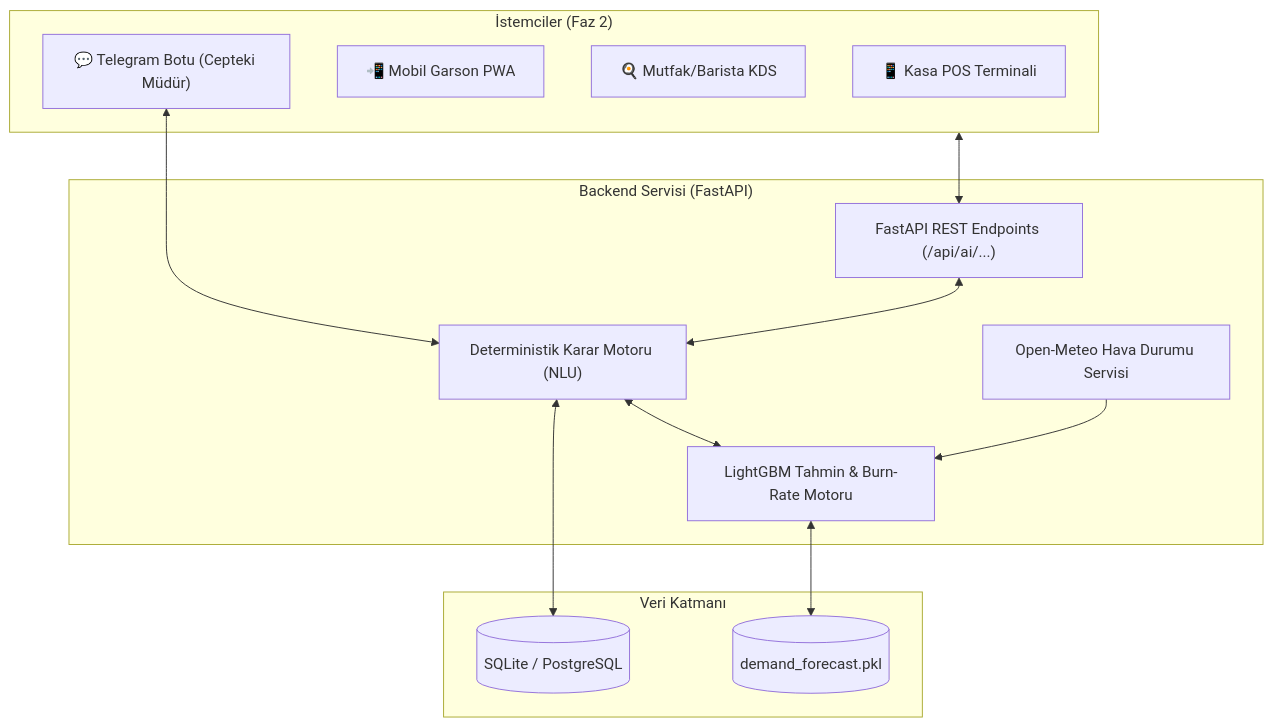
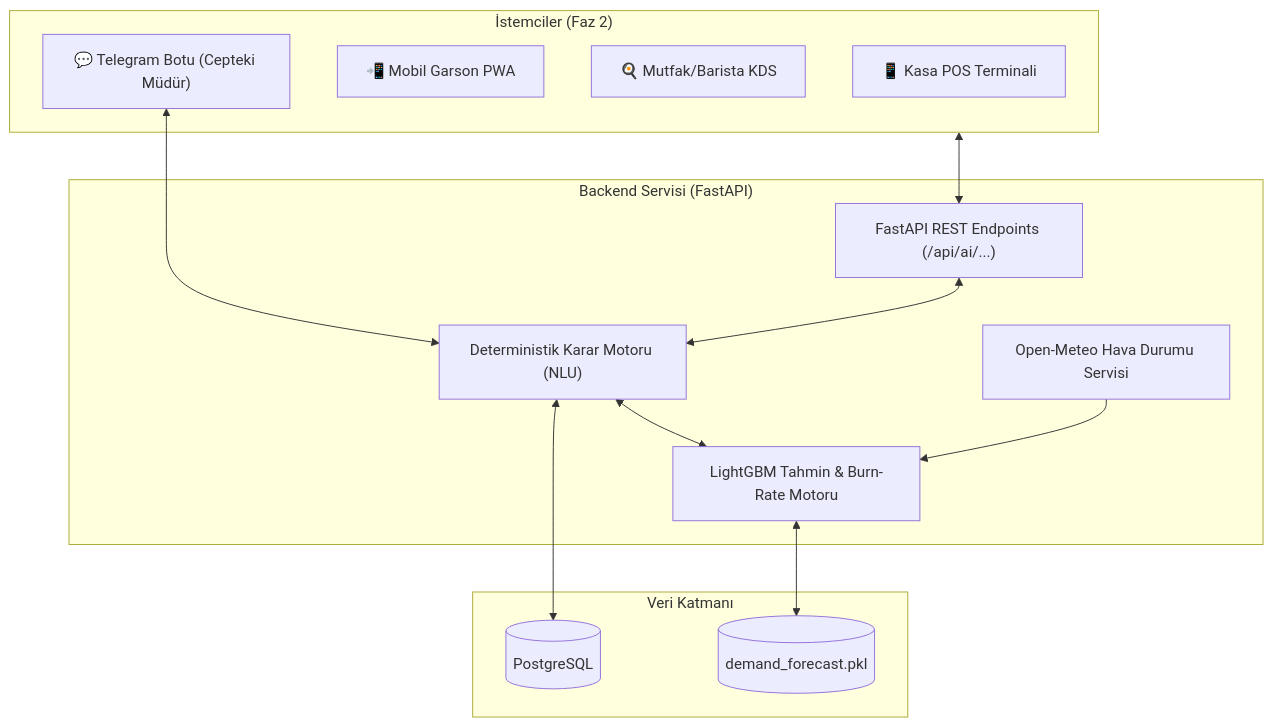
One commit to emiromrak/cafe-erp changed the diagram in README.md. Above: the diagram before and after it, drawn with Mermaid. The commit also changed other lines of this file and 20 other files, not shown here.

Commit message:
feat(veritabanı): PostgreSQL geçişi ve menü ile masa API'leri eklendi

````diff
--- a/README.md
+++ b/README.md
@@ -20,29 +20,29 @@
 ```mermaid
 flowchart TD
     subgraph Istemciler ["İstemciler (Faz 2)"]
         POS["📱 Kasa POS Terminali"]
         Garson["📲 Mobil Garson PWA"]
         KDS["🍳 Mutfak/Barista KDS"]
         Telegram["💬 Telegram Botu (Cepteki Müdür)"]
     end
 
     subgraph Backend ["Backend Servisi (FastAPI)"]
         API["FastAPI REST Endpoints (/api/ai/...)"]
         Engine["Deterministik Karar Motoru (NLU)"]
         Predictor["LightGBM Tahmin & Burn-Rate Motoru"]
         Weather["Open-Meteo Hava Durumu Servisi"]
     end
 
     subgraph Veri ["Veri Katmanı"]
-        DB[(SQLite / PostgreSQL)]
+        DB[(PostgreSQL)]
         Models[("demand_forecast.pkl")]
     end
 
     Istemciler <--> API
     Telegram <--> Engine
     API <--> Engine
     Engine <--> Predictor
     Engine <--> DB
     Predictor <--> Models
     Weather --> Predictor
 ```
````
